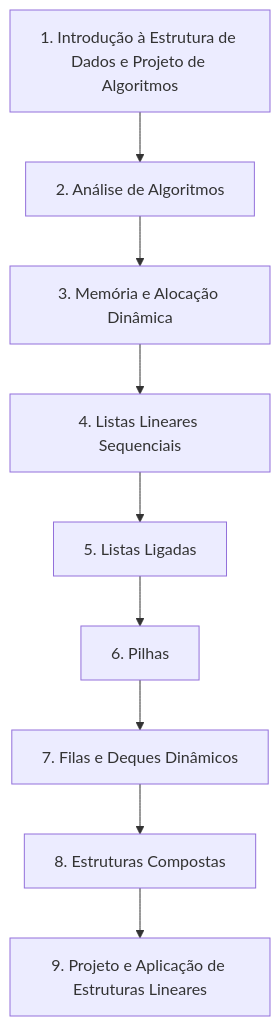
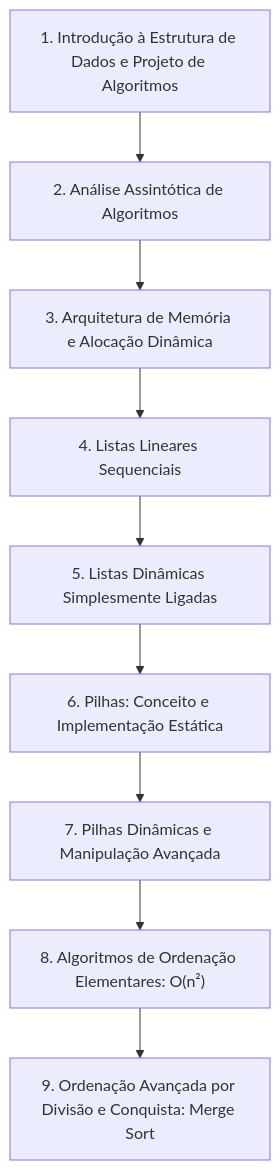
The first of 33 diagrams in 4º Semestre/[Prof. Wesley Soares] Estrutura de Dados I/Resumos-IA/Caderno-Consolidado.md (murilolol/unifef), drawn with Mermaid before and after one commit. The commit also changed other lines of this file and 18 other files, not shown here.

````diff
--- a/4º Semestre/[Prof. Wesley Soares] Estrutura de Dados I/Resumos-IA/Caderno-Consolidado.md
+++ b/4º Semestre/[Prof. Wesley Soares] Estrutura de Dados I/Resumos-IA/Caderno-Consolidado.md
@@ -94,11 +111,11 @@
 ```mermaid
 flowchart TD
-    U1["1. Introdução à Estrutura de Dados e Projeto de Algoritmos"] --> U2["2. Análise de Algoritmos"]
-    U2 --> U3["3. Memória e Alocação Dinâmica"]
+    U1["1. Introdução à Estrutura de Dados e Projeto de Algoritmos"] --> U2["2. Análise Assintótica de Algoritmos"]
+    U2 --> U3["3. Arquitetura de Memória e Alocação Dinâmica"]
     U3 --> U4["4. Listas Lineares Sequenciais"]
-    U4 --> U5["5. Listas Ligadas"]
-    U5 --> U6["6. Pilhas"]
-    U6 --> U7["7. Filas e Deques Dinâmicos"]
-    U7 --> U8["8. Estruturas Compostas"]
-    U8 --> U9["9. Projeto e Aplicação de Estruturas Lineares"]
+    U4 --> U5["5. Listas Dinâmicas Simplesmente Ligadas"]
+    U5 --> U6["6. Pilhas: Conceito e Implementação Estática"]
+    U6 --> U7["7. Pilhas Dinâmicas e Manipulação Avançada"]
+    U7 --> U8["8. Algoritmos de Ordenação Elementares: O(n²)"]
+    U8 --> U9["9. Ordenação Avançada por Divisão e Conquista: Merge Sort"]
 ```
````
